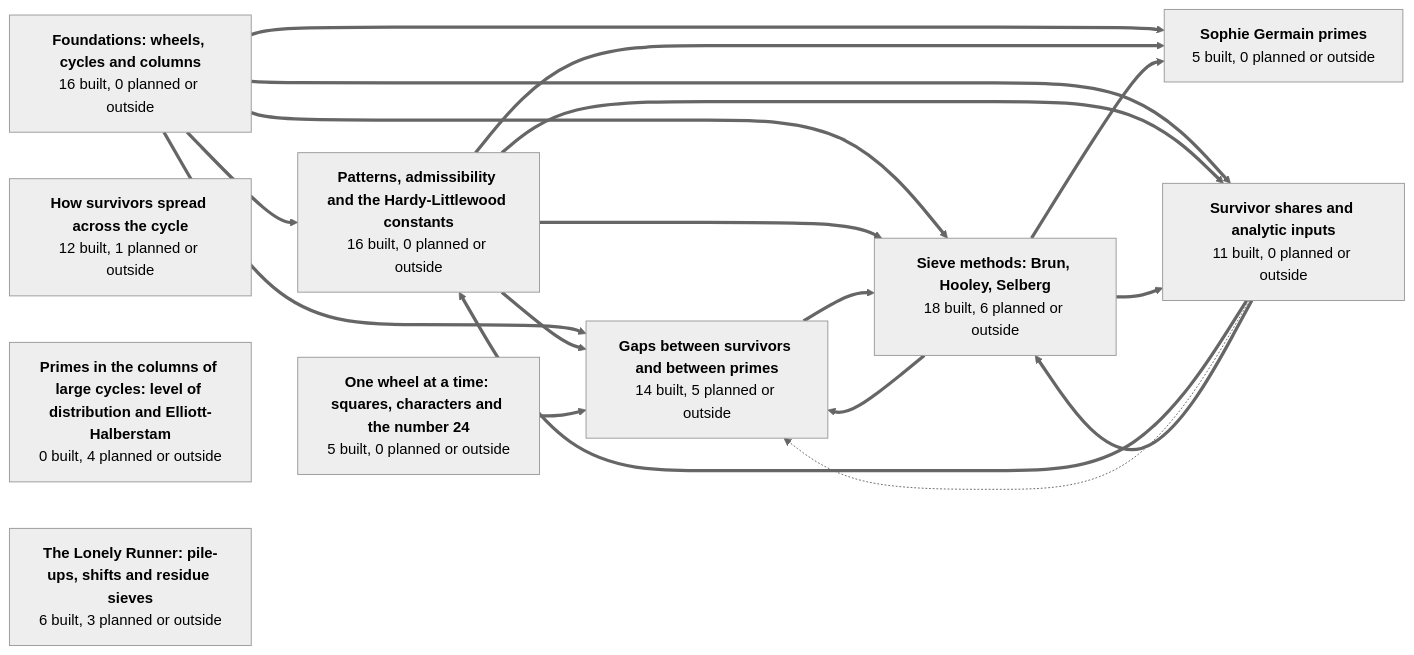
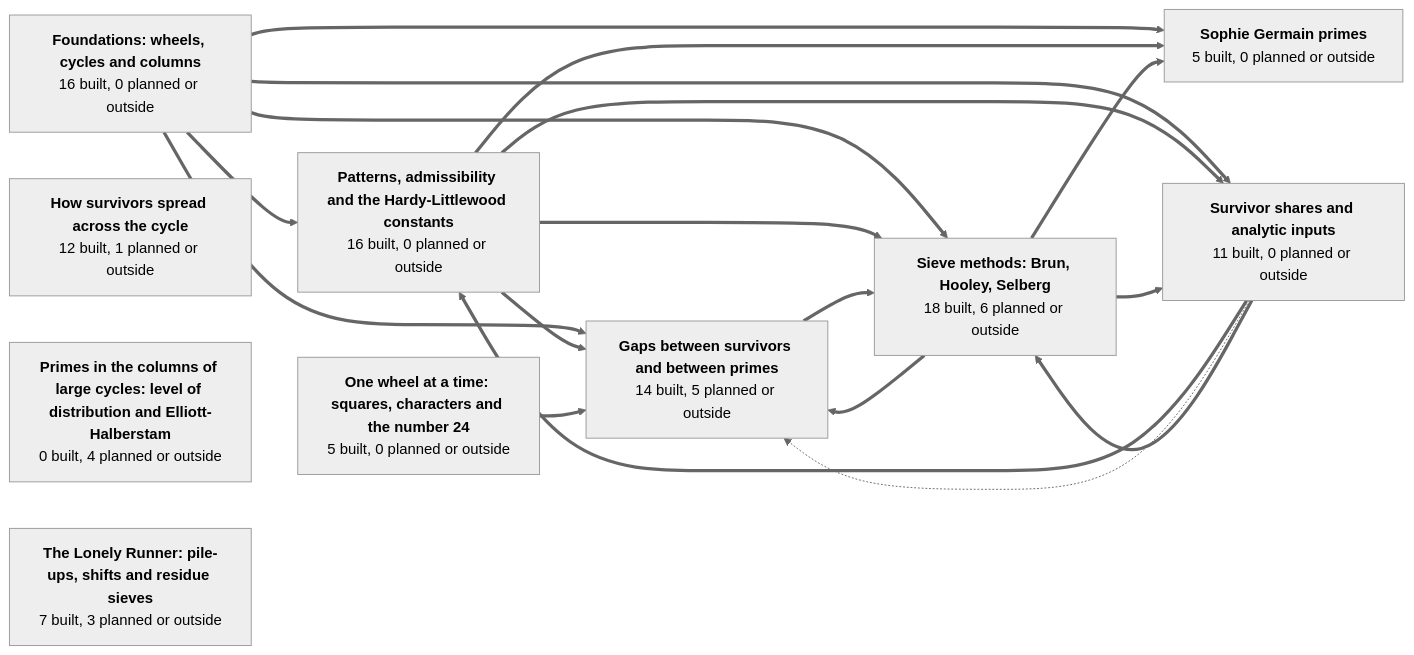
The first of 11 diagrams in GRAPH.md (golfbum71/RNS-Sieve-Network), drawn with Mermaid (neutral theme) before and after one commit. The commit also changed other lines of this file and 14 other files, not shown here.

First line of the commit message:
TightFromBlockedRun: built clean (standard axioms); JacobsthalTightness points to it; node list and graph

````diff
--- a/GRAPH.md
+++ b/GRAPH.md
@@ -45,40 +45,40 @@
 ```mermaid
 graph LR
   g1["<b>Foundations: wheels, cycles and columns</b><br/>16 built, 0 planned or outside"]
   g2["<b>Patterns, admissibility and the Hardy-Littlewood constants</b><br/>16 built, 0 planned or outside"]
   g3["<b>How survivors spread across the cycle</b><br/>12 built, 1 planned or outside"]
   g4["<b>Gaps between survivors and between primes</b><br/>14 built, 5 planned or outside"]
   g5["<b>Sophie Germain primes</b><br/>5 built, 0 planned or outside"]
   g6["<b>Survivor shares and analytic inputs</b><br/>11 built, 0 planned or outside"]
   g7["<b>One wheel at a time: squares, characters and the number 24</b><br/>5 built, 0 planned or outside"]
   g8["<b>Sieve methods: Brun, Hooley, Selberg</b><br/>18 built, 6 planned or outside"]
   g9["<b>Primes in the columns of large cycles: level of distribution and Elliott-Halberstam</b><br/>0 built, 4 planned or outside"]
-  g10["<b>The Lonely Runner: pile-ups, shifts and residue sieves</b><br/>6 built, 3 planned or outside"]
+  g10["<b>The Lonely Runner: pile-ups, shifts and residue sieves</b><br/>7 built, 3 planned or outside"]
   g1 ==> g2
   g1 ==> g4
   g1 ==> g5
   g1 ==> g6
   g1 ==> g8
   g2 ==> g4
   g2 ==> g5
   g2 ==> g6
   g2 ==> g8
   g4 ==> g8
   g6 ==> g2
   g6 -.-> g4
   g6 ==> g8
   g7 ==> g4
   g8 ==> g4
   g8 ==> g5
   g8 ==> g6
   click g1 href "https://github.com/golfbum71/RNS-Sieve-Network/blob/main/GRAPH.md#foundations-wheels-cycles-and-columns" _self
   click g2 href "https://github.com/golfbum71/RNS-Sieve-Network/blob/main/GRAPH.md#patterns-admissibility-and-the-hardy-littlewood-constants" _self
   click g3 href "https://github.com/golfbum71/RNS-Sieve-Network/blob/main/GRAPH.md#how-survivors-spread-across-the-cycle" _self
   click g4 href "https://github.com/golfbum71/RNS-Sieve-Network/blob/main/GRAPH.md#gaps-between-survivors-and-between-primes" _self
   click g5 href "https://github.com/golfbum71/RNS-Sieve-Network/blob/main/GRAPH.md#sophie-germain-primes" _self
   click g6 href "https://github.com/golfbum71/RNS-Sieve-Network/blob/main/GRAPH.md#survivor-shares-and-analytic-inputs" _self
   click g7 href "https://github.com/golfbum71/RNS-Sieve-Network/blob/main/GRAPH.md#one-wheel-at-a-time-squares-characters-and-the-number-24" _self
   click g8 href "https://github.com/golfbum71/RNS-Sieve-Network/blob/main/GRAPH.md#sieve-methods-brun-hooley-selberg" _self
   click g9 href "https://github.com/golfbum71/RNS-Sieve-Network/blob/main/GRAPH.md#primes-in-the-columns-of-large-cycles-level-of-distribution-and-elliott-halberstam" _self
   click g10 href "https://github.com/golfbum71/RNS-Sieve-Network/blob/main/GRAPH.md#the-lonely-runner-pile-ups-shifts-and-residue-sieves" _self
 ```
````
